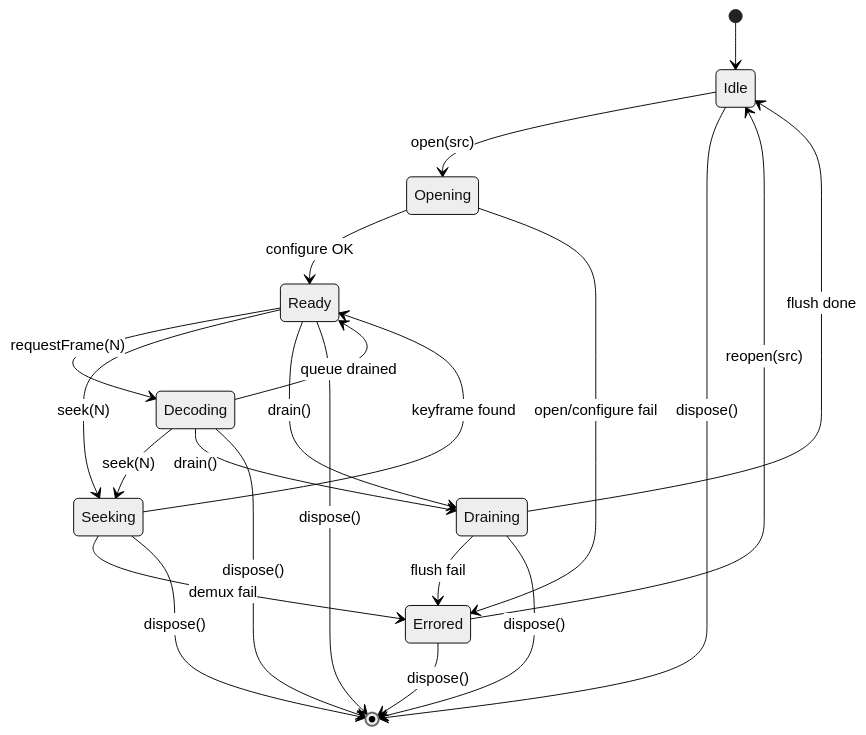
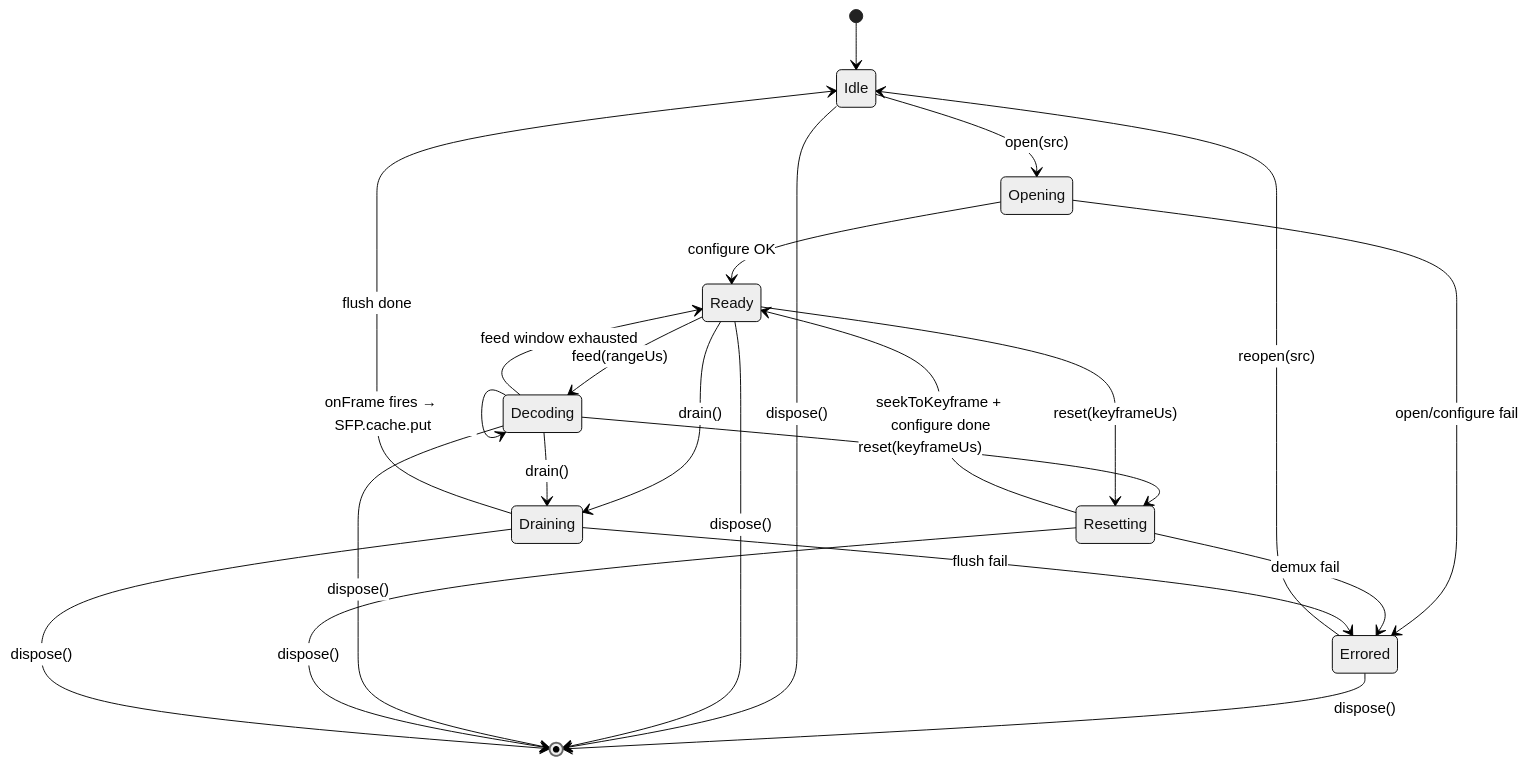
One commit to elahlabs/elah changed diagram 13 of 17 in packages/editor/src/core/renderer/architecture.md. Above: the diagram before and after it, drawn with Mermaid (neutral theme). The commit also changed other lines of this file and 35 other files, not shown here.

````diff
--- a/packages/editor/src/core/renderer/architecture.md
+++ b/packages/editor/src/core/renderer/architecture.md
@@ -522,27 +535,28 @@
 ```mermaid
 stateDiagram-v2
     [*] --> Idle
     Idle --> Opening: open(src)
     Opening --> Ready: configure OK
     Opening --> Errored: open/configure fail
 
-    Ready --> Decoding: requestFrame(N)
-    Decoding --> Ready: queue drained
-    Decoding --> Seeking: seek(N)
-    Ready --> Seeking: seek(N)
-    Seeking --> Ready: keyframe found
-    Seeking --> Errored: demux fail
+    Ready --> Decoding: feed(rangeUs)
+    Decoding --> Decoding: onFrame fires → SFP.cache.put
+    Decoding --> Ready: feed window exhausted
+    Decoding --> Resetting: reset(keyframeUs)
+    Ready --> Resetting: reset(keyframeUs)
+    Resetting --> Ready: seekToKeyframe + configure done
+    Resetting --> Errored: demux fail
 
     Ready --> Draining: drain()
     Decoding --> Draining: drain()
     Draining --> Idle: flush done
     Draining --> Errored: flush fail
 
     Errored --> Idle: reopen(src)
     Errored --> [*]: dispose()
     Idle --> [*]: dispose()
     Ready --> [*]: dispose()
     Decoding --> [*]: dispose()
-    Seeking --> [*]: dispose()
+    Resetting --> [*]: dispose()
     Draining --> [*]: dispose()
 ```
````
